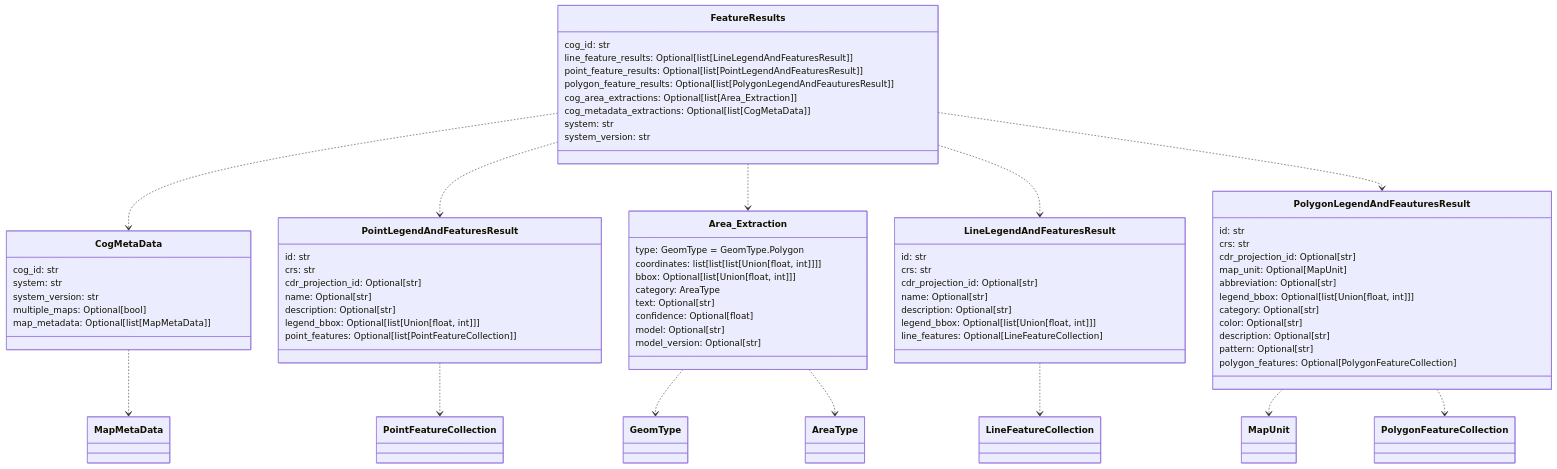
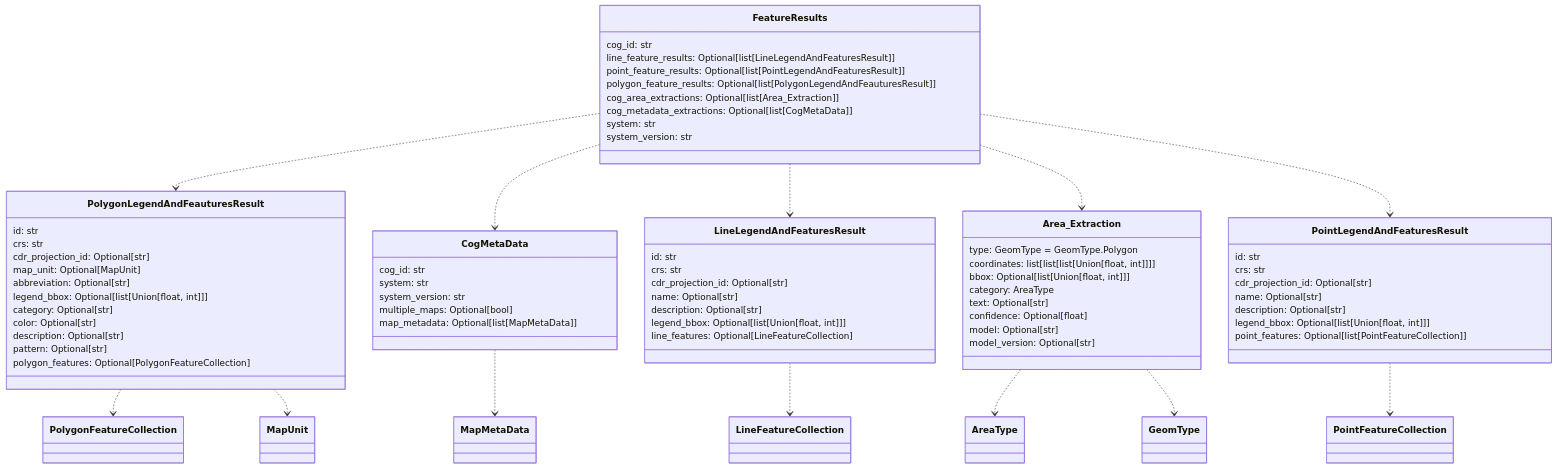
The third of 8 diagrams in README.md (UW-xDD/cdr_schemas), drawn with Mermaid before and after one commit. The commit also changed other lines of this file, not shown here.

Commit message:
Update readme with document diagram

````diff
--- a/README.md
+++ b/README.md
@@ -188,82 +188,82 @@
 ```mermaid
 classDiagram
+
+    class PolygonLegendAndFeauturesResult {
+        id: str
+        crs: str
+        cdr_projection_id: Optional[str]
+        map_unit: Optional[MapUnit]
+        abbreviation: Optional[str]
+        legend_bbox: Optional[list[Union[float, int]]]
+        category: Optional[str]
+        color: Optional[str]
+        description: Optional[str]
+        pattern: Optional[str]
+        polygon_features: Optional[PolygonFeatureCollection]
+    }
 
     class CogMetaData {
         cog_id: str
         system: str
         system_version: str
         multiple_maps: Optional[bool]
         map_metadata: Optional[list[MapMetaData]]
     }
 
     class FeatureResults {
         cog_id: str
         line_feature_results: Optional[list[LineLegendAndFeaturesResult]]
         point_feature_results: Optional[list[PointLegendAndFeaturesResult]]
         polygon_feature_results: Optional[list[PolygonLegendAndFeauturesResult]]
         cog_area_extractions: Optional[list[Area_Extraction]]
         cog_metadata_extractions: Optional[list[CogMetaData]]
         system: str
         system_version: str
     }
 
-    class PointLegendAndFeaturesResult {
+    class LineLegendAndFeaturesResult {
         id: str
         crs: str
         cdr_projection_id: Optional[str]
         name: Optional[str]
         description: Optional[str]
         legend_bbox: Optional[list[Union[float, int]]]
-        point_features: Optional[list[PointFeatureCollection]]
+        line_features: Optional[LineFeatureCollection]
     }
 
     class Area_Extraction {
         type: GeomType = GeomType.Polygon
         coordinates: list[list[list[Union[float, int]]]]
         bbox: Optional[list[Union[float, int]]]
         category: AreaType
         text: Optional[str]
         confidence: Optional[float]
         model: Optional[str]
         model_version: Optional[str]
     }
 
-    class LineLegendAndFeaturesResult {
+    class PointLegendAndFeaturesResult {
         id: str
         crs: str
         cdr_projection_id: Optional[str]
         name: Optional[str]
         description: Optional[str]
         legend_bbox: Optional[list[Union[float, int]]]
-        line_features: Optional[LineFeatureCollection]
+        point_features: Optional[list[PointFeatureCollection]]
     }
 
-    class PolygonLegendAndFeauturesResult {
-        id: str
-        crs: str
-        cdr_projection_id: Optional[str]
-        map_unit: Optional[MapUnit]
-        abbreviation: Optional[str]
-        legend_bbox: Optional[list[Union[float, int]]]
-        category: Optional[str]
-        color: Optional[str]
-        description: Optional[str]
-        pattern: Optional[str]
-        polygon_features: Optional[PolygonFeatureCollection]
-    }
-
+    Area_Extraction ..> AreaType
     Area_Extraction ..> GeomType
-    Area_Extraction ..> AreaType
     LineLegendAndFeaturesResult ..> LineFeatureCollection
     PointLegendAndFeaturesResult ..> PointFeatureCollection
+    PolygonLegendAndFeauturesResult ..> PolygonFeatureCollection
     PolygonLegendAndFeauturesResult ..> MapUnit
-    PolygonLegendAndFeauturesResult ..> PolygonFeatureCollection
     CogMetaData ..> MapMetaData
+    FeatureResults ..> PolygonLegendAndFeauturesResult
     FeatureResults ..> CogMetaData
+    FeatureResults ..> LineLegendAndFeaturesResult
+    FeatureResults ..> Area_Extraction
     FeatureResults ..> PointLegendAndFeaturesResult
-    FeatureResults ..> Area_Extraction
-    FeatureResults ..> LineLegendAndFeaturesResult
-    FeatureResults ..> PolygonLegendAndFeauturesResult
 
 
 ```
````
